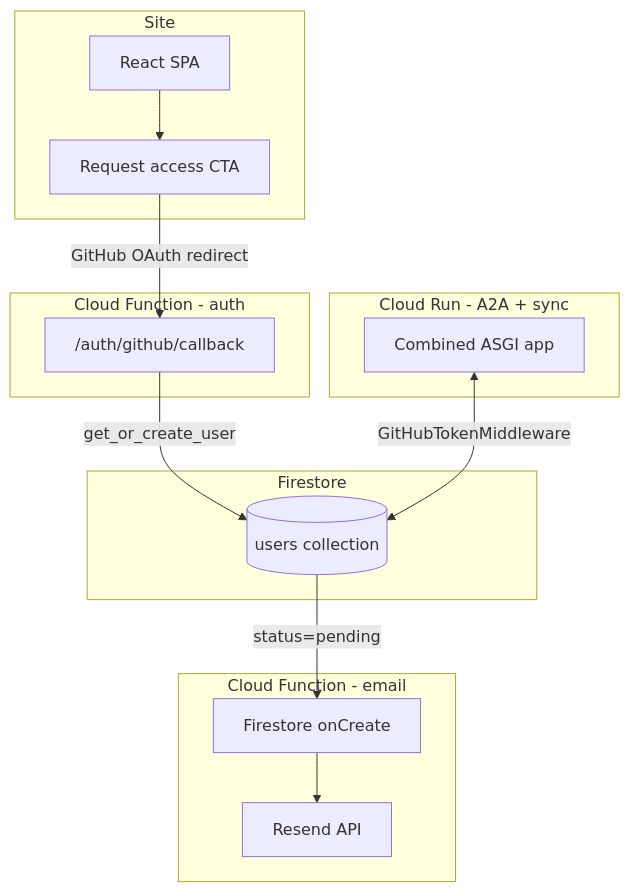
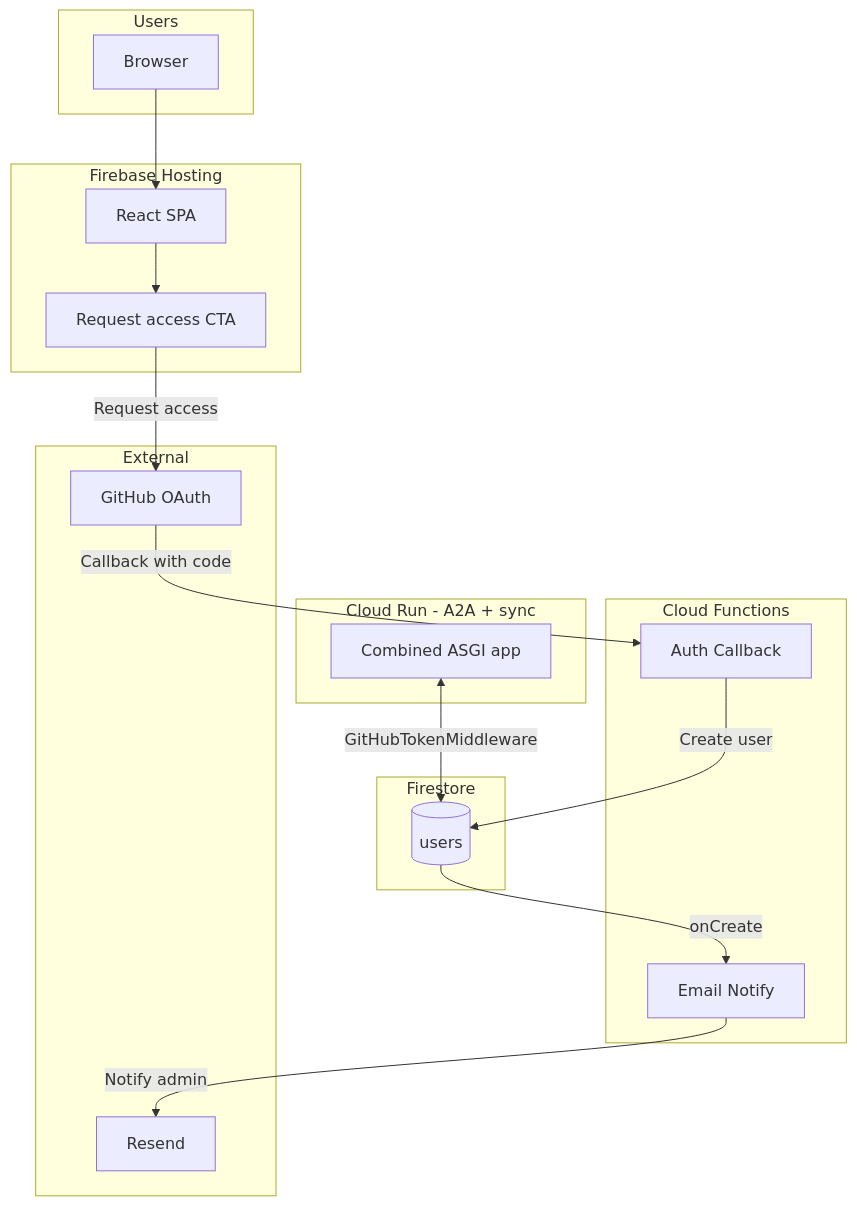
One commit to pascal-maker/docker changed the sixth of 6 diagrams in docs/infra/architecture-schematic.md. Above: the diagram before and after it, drawn with Mermaid. The commit also changed other lines of this file and 53 other files, not shown here.

````diff
--- a/docs/infra/architecture-schematic.md
+++ b/docs/infra/architecture-schematic.md
@@ -171,31 +171,38 @@
 ```mermaid
 flowchart TB
-  subgraph site [Site]
+  subgraph users [Users]
+    browser[Browser]
+  end
+
+  subgraph hosting [Firebase Hosting]
     spa[React SPA]
     cta[Request access CTA]
   end
 
-  subgraph auth_fx [Cloud Function - auth]
-    callback["/auth/github/callback"]
-  end
-
-  subgraph email_fx [Cloud Function - email]
-    trigger[Firestore onCreate]
-    resend[Resend API]
+  subgraph functions [Cloud Functions]
+    auth[Auth Callback]
+    email[Email Notify]
   end
 
   subgraph firestore [Firestore]
-    users[(users collection)]
+    users_col[(users)]
+  end
+
+  subgraph external [External]
+    github[GitHub OAuth]
+    resend[Resend]
   end
 
   subgraph cloudrun [Cloud Run - A2A + sync]
     combined[Combined ASGI app]
   end
 
+  browser --> spa
   spa --> cta
-  cta -->|"GitHub OAuth redirect"| callback
-  callback -->|"get_or_create_user"| users
-  users -->|"status=pending"| trigger
-  trigger --> resend
-  combined <-->|"GitHubTokenMiddleware"| users
+  cta -->|"Request access"| github
+  github -->|"Callback with code"| auth
+  auth -->|"Create user"| users_col
+  users_col -->|"onCreate"| email
+  email -->|"Notify admin"| resend
+  combined <-->|"GitHubTokenMiddleware"| users_col
 ```
````
